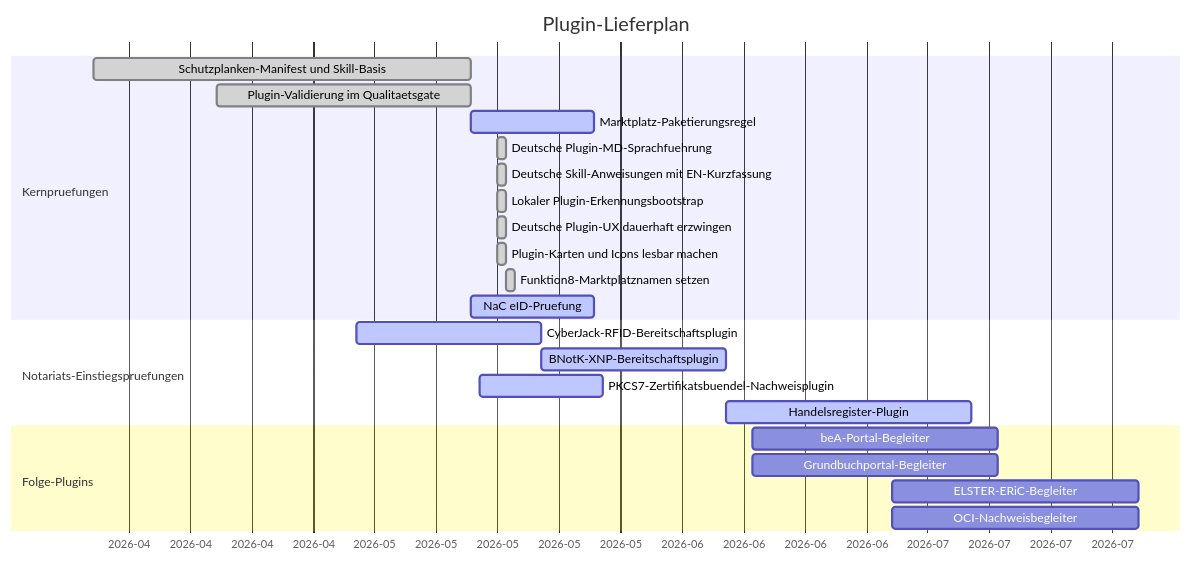
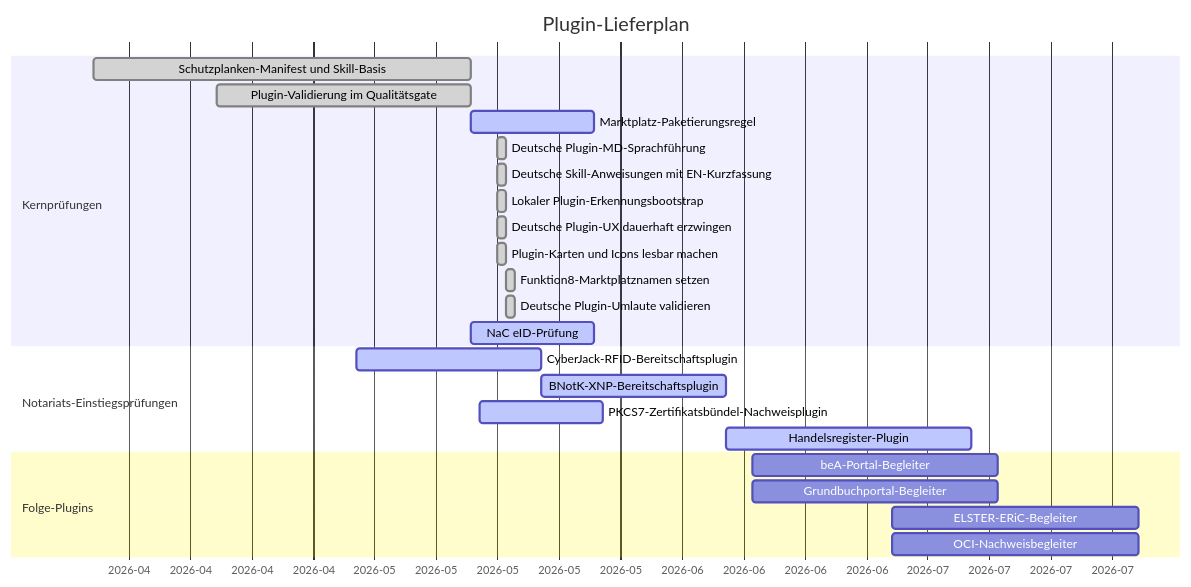
One commit to notariat8/NaC changed the diagram in plugins/GANTT.md. Above: the diagram before and after it, drawn with Mermaid. The commit also changed other lines of this file and 231 other files, not shown here.

````diff
--- a/plugins/GANTT.md
+++ b/plugins/GANTT.md
@@ -5,30 +5,31 @@
 ```mermaid
 gantt
     title Plugin-Lieferplan
     dateFormat  YYYY-MM-DD
     axisFormat  %Y-%m
 
-    section Kernpruefungen
+    section Kernprüfungen
     Schutzplanken-Manifest und Skill-Basis     :done,   p1, 2026-04-01, 2026-05-14
-    Plugin-Validierung im Qualitaetsgate       :done,   p2, 2026-04-15, 2026-05-14
+    Plugin-Validierung im Qualitätsgate       :done,   p2, 2026-04-15, 2026-05-14
     Marktplatz-Paketierungsregel               :active, p3, 2026-05-14, 14d
-    Deutsche Plugin-MD-Sprachfuehrung          :done,   p3a, 2026-05-17, 1d
+    Deutsche Plugin-MD-Sprachführung          :done,   p3a, 2026-05-17, 1d
     Deutsche Skill-Anweisungen mit EN-Kurzfassung :done, p3b, 2026-05-17, 1d
     Lokaler Plugin-Erkennungsbootstrap          :done,   p3c, 2026-05-17, 1d
     Deutsche Plugin-UX dauerhaft erzwingen      :done,   p3d, 2026-05-17, 1d
     Plugin-Karten und Icons lesbar machen       :done,   p3e, 2026-05-17, 1d
     Funktion8-Marktplatznamen setzen            :done,   p3f, 2026-05-18, 1d
-    NaC eID-Pruefung                            :active, p4, 2026-05-14, 14d
+    Deutsche Plugin-Umlaute validieren           :done,   p3g, 2026-05-18, 1d
+    NaC eID-Prüfung                            :active, p4, 2026-05-14, 14d
 
-    section Notariats-Einstiegspruefungen
+    section Notariats-Einstiegsprüfungen
     CyberJack-RFID-Bereitschaftsplugin         :active, p5, 2026-05-01, 21d
     BNotK-XNP-Bereitschaftsplugin              :active, p6, after p5, 21d
-    PKCS7-Zertifikatsbuendel-Nachweisplugin    :active, p6a, 2026-05-15, 14d
+    PKCS7-Zertifikatsbündel-Nachweisplugin    :active, p6a, 2026-05-15, 14d
     Handelsregister-Plugin                     :active, p7, after p6, 28d
 
     section Folge-Plugins
     beA-Portal-Begleiter                       :        p8, 2026-06-15, 28d
     Grundbuchportal-Begleiter                  :        p9, 2026-06-15, 28d
     ELSTER-ERiC-Begleiter                      :        p10, 2026-07-01, 28d
     OCI-Nachweisbegleiter                      :        p11, 2026-07-01, 28d
 ```
````
